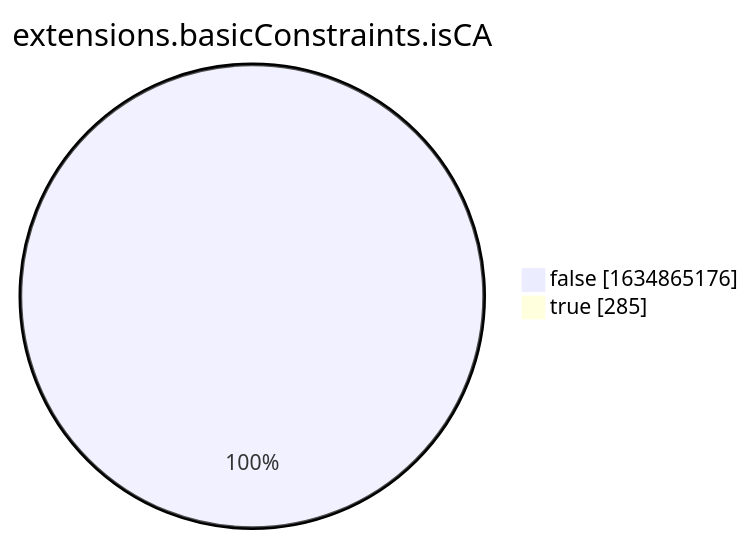
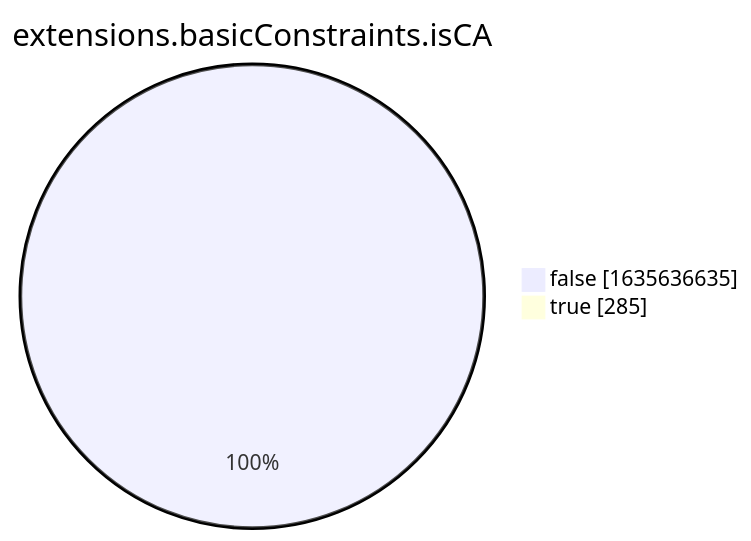
Before and after one commit to christiankrug/ctmonitor_visualization: the eighth of 15 diagrams in xenon2022/README.md, drawn with Mermaid. The commit also changed other lines of this file, not shown here.

````diff
--- a/xenon2022/README.md
+++ b/xenon2022/README.md
@@ -2863,6 +2863,6 @@
 ```mermaid
 pie showData
 title extensions.basicConstraints.isCA
-"false" :1634865176
+"false" :1635636635
 "true" :285
 ```
````
